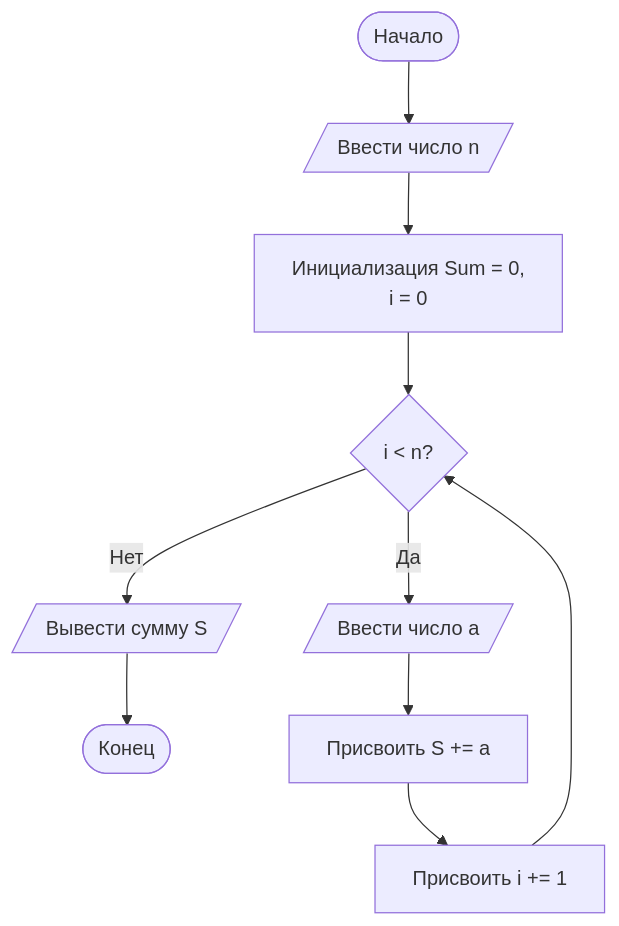
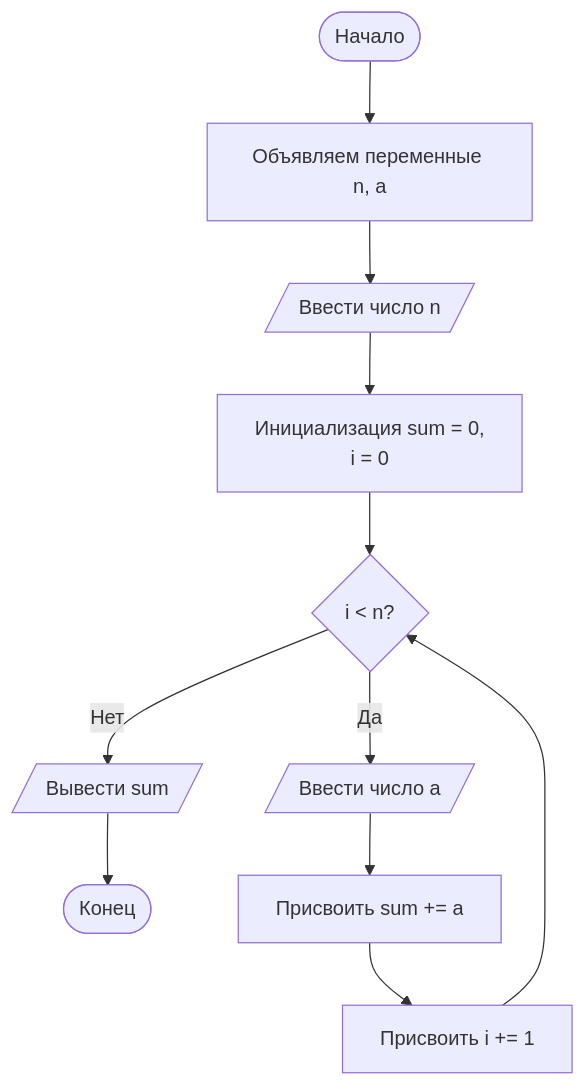
The first of 2 diagrams in README.md (Krastti/Homework-C), drawn with Mermaid before and after one commit. The commit also changed other lines of this file and 1 other file, not shown here.

Commit message:
Update README.md / functions.c

````diff
--- a/README.md
+++ b/README.md
@@ -5,12 +5,13 @@
 ``` mermaid
 flowchart TD
-    A([Начало]) --> B[/Ввести число n/]
-    B --> C[Инициализация Sum = 0, <br> i = 0]
+    A([Начало]) --> Z[Объявляем переменные n, a]
+    Z --> B[/Ввести число n/]
+    B --> C[Инициализация sum = 0, <br> i = 0]
     C --> D{i < n?}
-    D -- Нет --> F[/Вывести сумму S/]
+    D -- Нет --> F[/Вывести sum/]
     F --> G([Конец])
     D -- Да --> E[/Ввести число a/]
-    E --> H[Присвоить S += a]
+    E --> H[Присвоить sum += a]
     H --> I[Присвоить i += 1]
     I --> D
 ```
````
